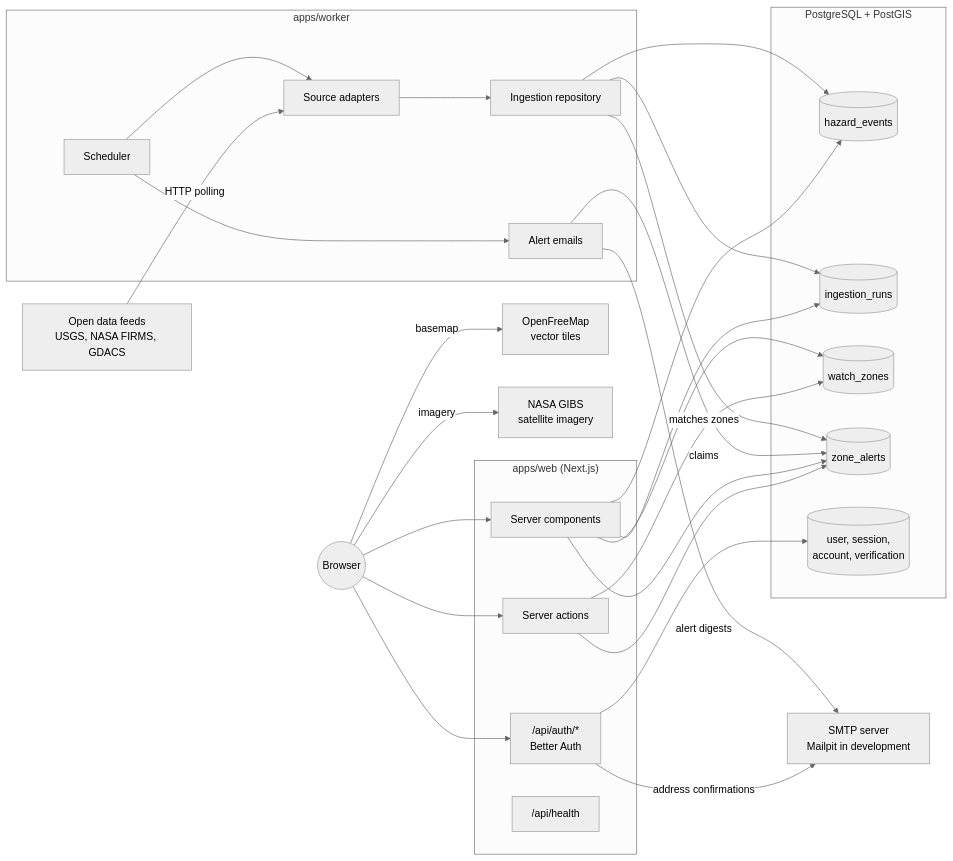
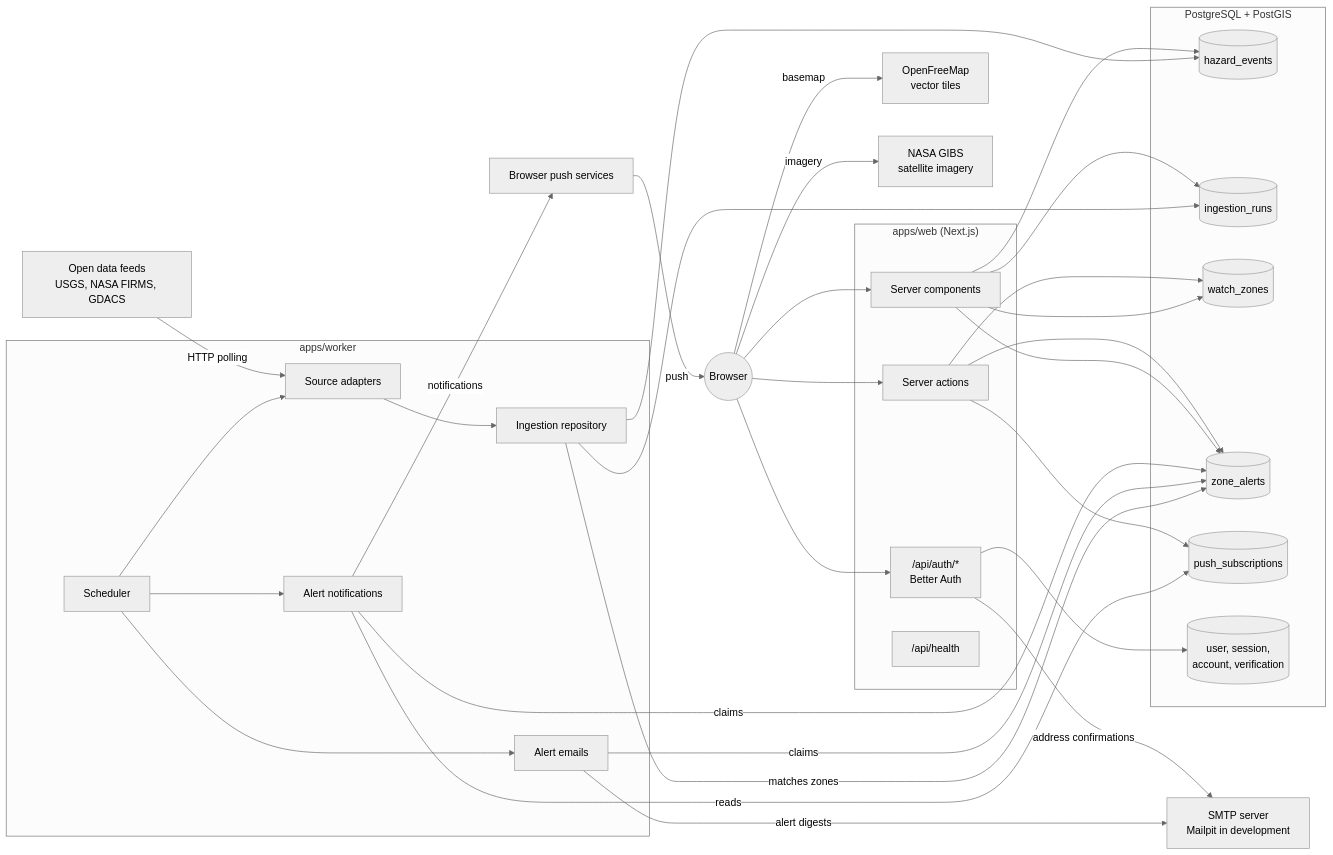
The first of 2 diagrams in docs/architecture.md (HIRATRA/hazardwatch), drawn with Mermaid (neutral theme) before and after one commit. The commit also changed other lines of this file and 6 other files, not shown here.

Commit message:
docs: explain push notifications and how to set them up

````diff
--- a/docs/architecture.md
+++ b/docs/architecture.md
@@ -13,49 +13,57 @@
 ```mermaid
 flowchart LR
     feeds["Open data feeds<br/>USGS, NASA FIRMS, GDACS"]
     browser(("Browser"))
     tiles["OpenFreeMap<br/>vector tiles"]
     imagery["NASA GIBS<br/>satellite imagery"]
     smtp["SMTP server<br/>Mailpit in development"]
+    pushService["Browser push services"]
 
     subgraph worker ["apps/worker"]
         scheduler["Scheduler"] --> adapters["Source adapters"]
         adapters --> repository["Ingestion repository"]
         scheduler --> notifier["Alert emails"]
+        scheduler --> pusher["Alert notifications"]
     end
 
     subgraph web ["apps/web (Next.js)"]
         pages["Server components"]
         actions["Server actions"]
         authApi["/api/auth/*<br/>Better Auth"]
         health["/api/health"]
     end
 
     subgraph database ["PostgreSQL + PostGIS"]
         events[("hazard_events")]
         runs[("ingestion_runs")]
         zones[("watch_zones")]
         alerts[("zone_alerts")]
+        subscriptions[("push_subscriptions")]
         authTables[("user, session,<br/>account, verification")]
     end
 
     feeds -- "HTTP polling" --> adapters
     repository --> events
     repository --> runs
     repository -- "matches zones" --> alerts
     notifier -- "claims" --> alerts
     notifier -- "alert digests" --> smtp
+    pusher -- "claims" --> alerts
+    pusher -- "reads" --> subscriptions
+    pusher -- "notifications" --> pushService
+    pushService -- "push" --> browser
     browser --> pages
     browser --> actions
     browser --> authApi
     browser -- "basemap" --> tiles
     browser -- "imagery" --> imagery
     pages --> events
     pages --> runs
     pages --> zones
     pages --> alerts
     actions --> zones
     actions --> alerts
+    actions --> subscriptions
     authApi --> authTables
     authApi -- "address confirmations" --> smtp
 ```
````
